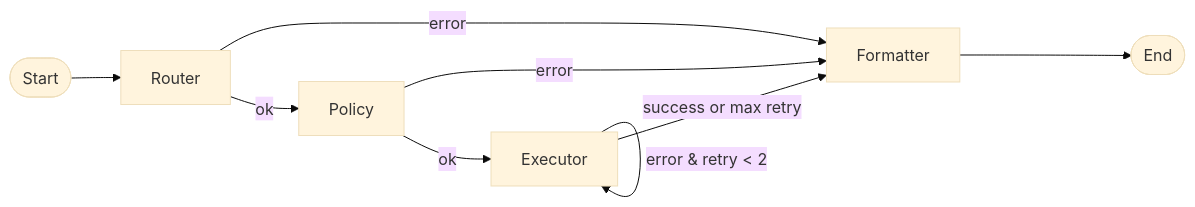
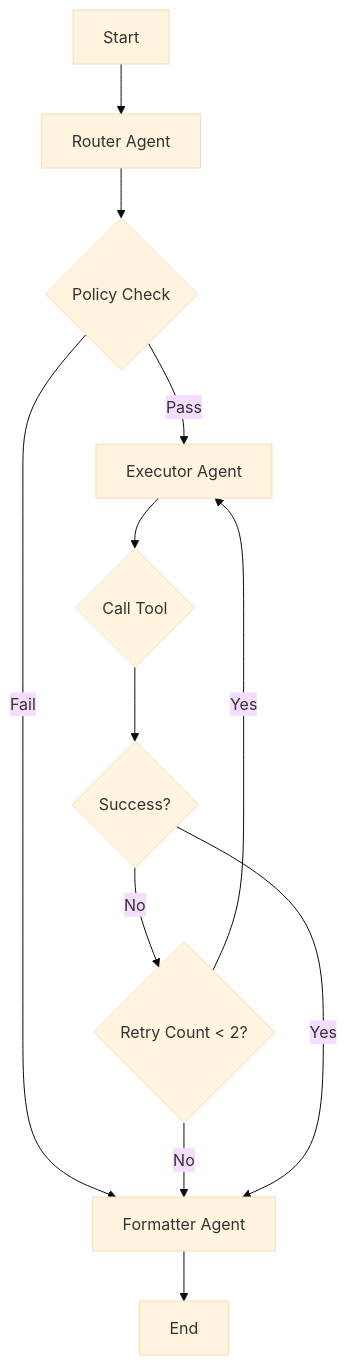
Before and after one commit to kvinay7/genai-backend-app: the diagram in genai-service/README.md, drawn with Mermaid (base theme). The commit also changed other lines of this file and 14 other files, not shown here.

First line of the commit message:
Refactor backend and genai services documentation and architecture

````diff
--- a/genai-service/README.md
+++ b/genai-service/README.md
@@ -64,15 +97,14 @@
 ```mermaid
-flowchart LR
-    Start([Start]) --> Router
-
-    Router -->|error| Formatter
-    Router -->|ok| Policy
-
-    Policy -->|error| Formatter
-    Policy -->|ok| Executor
-
-    Executor -->|error & retry < 2| Executor
-    Executor -->|success or max retry| Formatter
-
-    Formatter --> End([End])
+flowchart TD
+    A[Start] --> R[Router Agent]
+    R --> P{Policy Check}
+    P -->|Fail| F[Formatter Agent]
+    P -->|Pass| E[Executor Agent]
+    E --> C{Call Tool}
+    C --> S{Success?}
+    S -->|No| RT{Retry Count < 2?}
+    RT -->|Yes| E
+    RT -->|No| F
+    S -->|Yes| F
+    F --> END[End]
 ```
````
